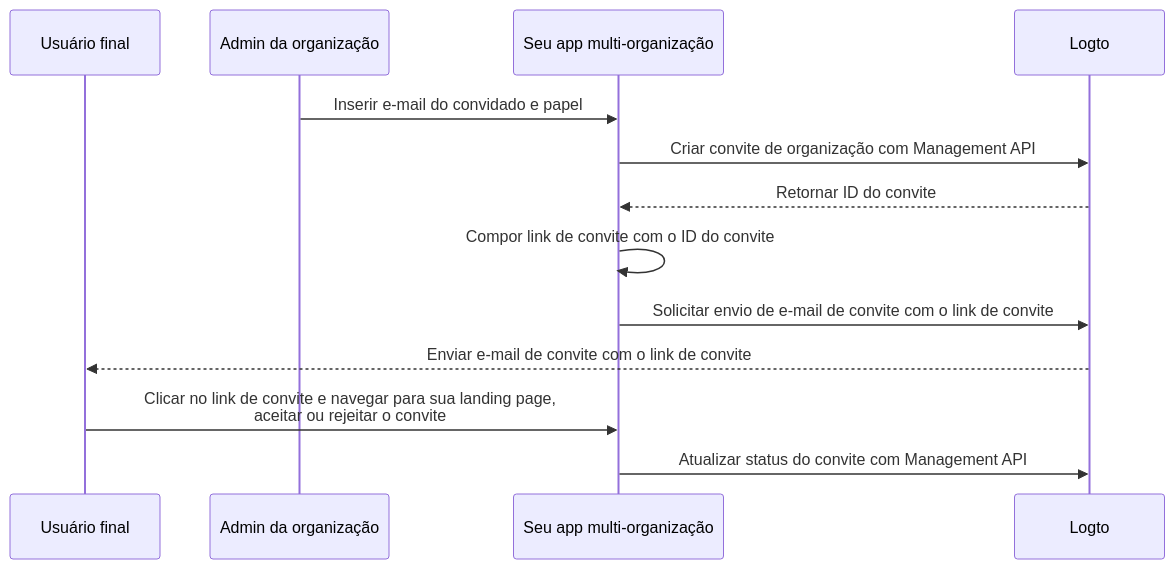
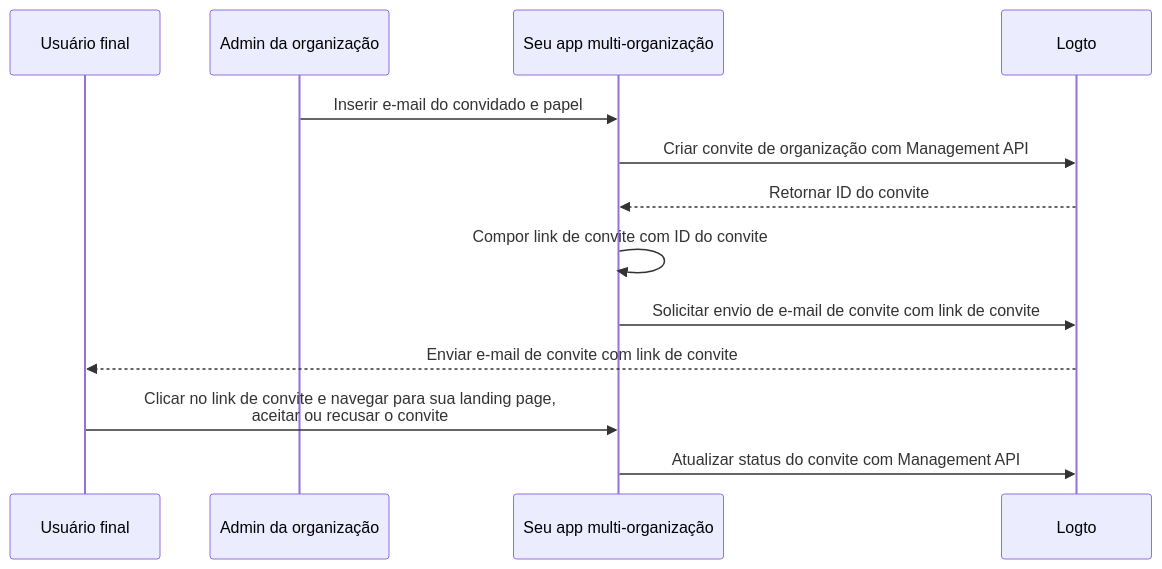
The diagram in i18n/pt-BR/docusaurus-plugin-content-docs/current/end-user-flows/organization-experience/invite-organization-members.mdx (logto-io/docs), drawn with Mermaid before and after one commit. The commit also changed other lines of this file and 16 other files, not shown here.

````diff
--- a/i18n/pt-BR/docusaurus-plugin-content-docs/current/end-user-flows/organization-experience/invite-organization-members.mdx
+++ b/i18n/pt-BR/docusaurus-plugin-content-docs/current/end-user-flows/organization-experience/invite-organization-members.mdx
@@ -13,16 +13,16 @@
 ```mermaid
 sequenceDiagram
 	Participant U as Usuário final
   Participant A as Admin da organização
   Participant C as Seu app multi-organização
 	Participant L as Logto
 
   A ->> C: Inserir e-mail do convidado e papel
   C ->> L: Criar convite de organização com Management API
   L -->> C: Retornar ID do convite
-  C ->> C: Compor link de convite com o ID do convite
-  C ->> L: Solicitar envio de e-mail de convite com o link de convite
-  L -->> U: Enviar e-mail de convite com o link de convite
-  U ->> C: Clicar no link de convite e navegar para sua landing page,<br /> aceitar ou rejeitar o convite
+  C ->> C: Compor link de convite com ID do convite
+  C ->> L: Solicitar envio de e-mail de convite com link de convite
+  L -->> U: Enviar e-mail de convite com link de convite
+  U ->> C: Clicar no link de convite e navegar para sua landing page,<br /> aceitar ou recusar o convite
   C ->> L: Atualizar status do convite com Management API
 ```
````
